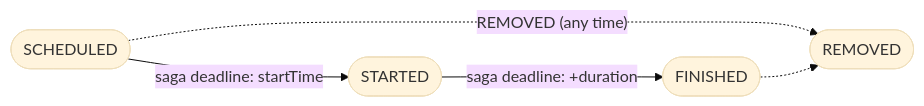
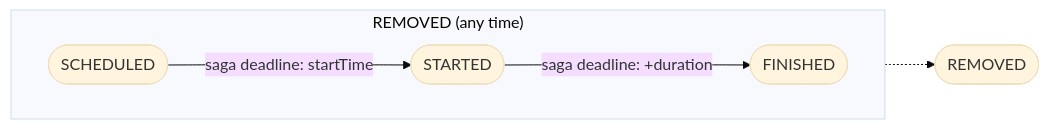
One commit to aanbrn/axon-showcase changed the first of 3 diagrams in README.md. Above: the diagram before and after it, drawn with Mermaid (base theme). The commit also changed other lines of this file and 6 other files, not shown here.

````diff
--- a/README.md
+++ b/README.md
@@ -65,8 +65,10 @@
 ```mermaid
-%%{init: {"flowchart": {"diagramPadding": 160}}}%%
+%%{init: {"flowchart": {"diagramPadding": 230}}}%%
 flowchart LR
-    SCHEDULED([SCHEDULED]) -->|"saga deadline: startTime"| STARTED([STARTED])
-    STARTED -->|"saga deadline: +duration"| FINISHED([FINISHED])
-    SCHEDULED -.->|"REMOVED (any time)"| REMOVED([REMOVED])
-    FINISHED -.-> REMOVED
+    subgraph lifecycle["REMOVED (any time)"]
+        direction LR
+        SCHEDULED([SCHEDULED]) -->|"saga deadline: startTime"| STARTED([STARTED])
+        STARTED -->|"saga deadline: +duration"| FINISHED([FINISHED])
+    end
+    lifecycle -.-> REMOVED([REMOVED])
 ```
````
